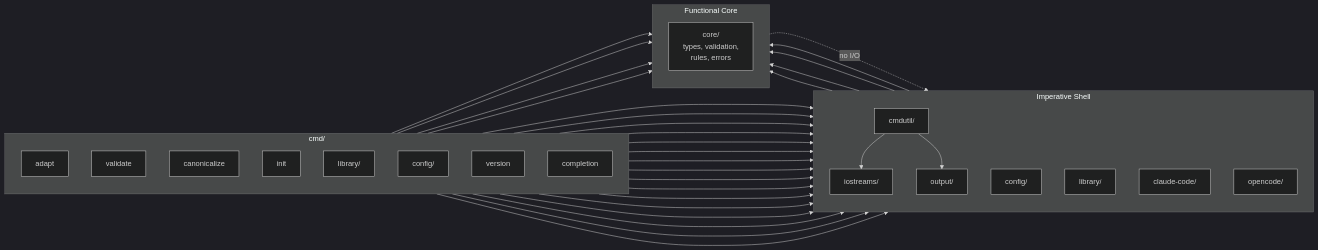
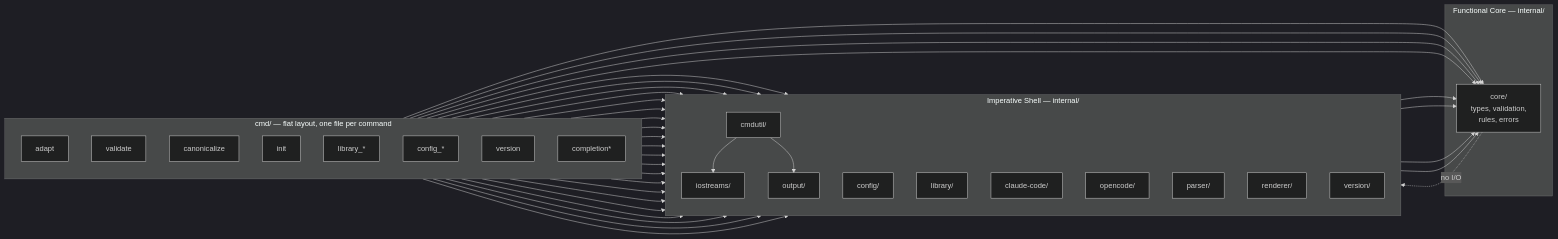
The first of 2 diagrams in AGENTS.md (amauryconstant/germinator), drawn with Mermaid (dark theme) before and after one commit. The commit also changed other lines of this file and 49 other files, not shown here.

First line of the commit message:
Migrate completion and version commands, delete legacy models package

````diff
--- a/AGENTS.md
+++ b/AGENTS.md
@@ -7,58 +7,65 @@
 ```mermaid
 graph LR
-    subgraph CLI[cmd/]
+    subgraph CLI[cmd/ — flat layout, one file per command]
         direction TB
         AD[adapt]
         VA[validate]
         CA[canonicalize]
         IN[init]
-        LIB[library/]
-        CFG[config/]
+        LIB[library_*]
+        CFG[config_*]
         VER[version]
-        COM[completion]
+        COM[completion*]
     end
 
-    subgraph SHELL[Imperative Shell]
+    subgraph SHELL[Imperative Shell — internal/]
         direction TB
+        CU[cmdutil/]
         IO[iostreams/]
         OUT[output/]
-        CU[cmdutil/]
         CONF[config/]
         LIBL[library/]
         CC[claude-code/]
         OC[opencode/]
+        PAR[parser/]
+        REN[renderer/]
+        VERP[version/]
     end
 
-    subgraph CORE[Functional Core]
-        direction TB
+    subgraph CORE[Functional Core — internal/]
         COR[core/<br/>types, validation,<br/>rules, errors]
     end
 
     AD --> CU
+    AD --> PAR
+    AD --> REN
     AD --> CC
     AD --> OC
     AD --> COR
-    AD --> IO
-    AD --> OUT
     VA --> CU
-    VA --> CC
-    VA --> OC
+    VA --> PAR
     VA --> COR
     CA --> CU
-    CA --> CC
-    CA --> OC
+    CA --> PAR
+    CA --> REN
     CA --> COR
     IN --> CU
-    IN --> CC
-    IN --> OC
+    IN --> PAR
+    IN --> REN
     IN --> COR
     LIB --> CU
     LIB --> LIBL
+    CFG --> CU
+    CFG --> CONF
+    VER --> CU
+    VER --> VERP
+    COM --> CU
+    COM --> LIBL
     LIBL --> COR
     CONF --> COR
     CC --> COR
     OC --> COR
     CU --> IO
     CU --> OUT
     COR -.->|no I/O| SHELL
 ```
````
